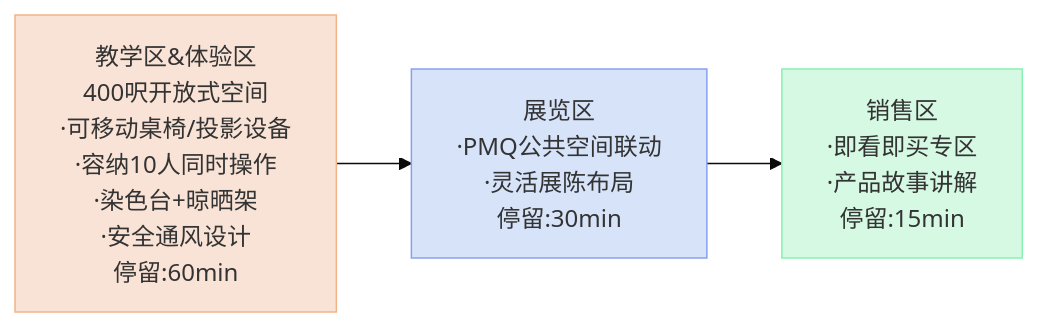
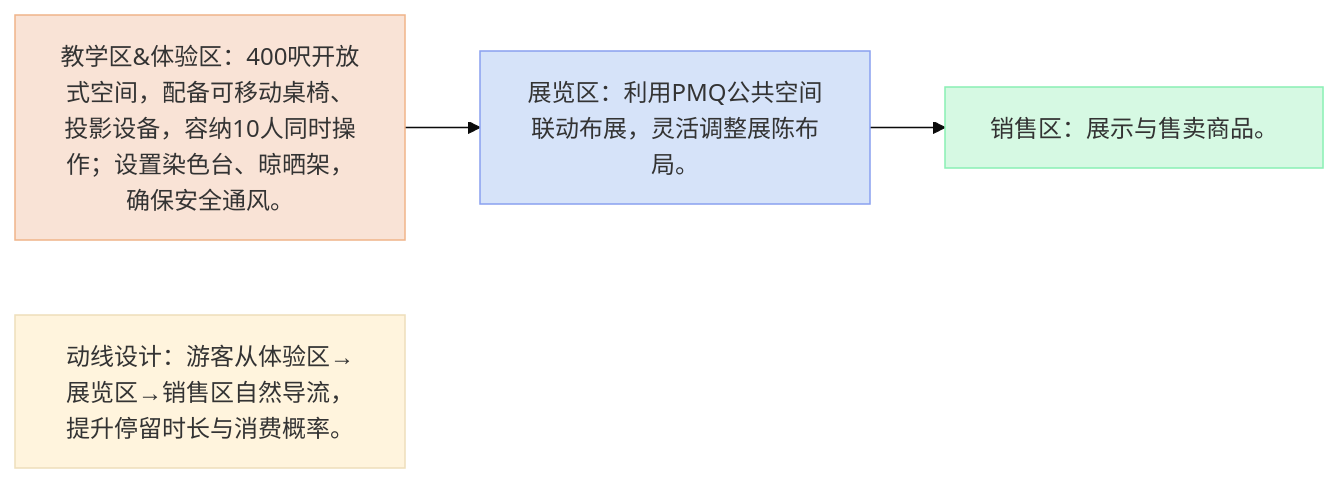
One commit to NaturalRice/git-demo changed the seventh of 9 diagrams in README.md. Above: the diagram before and after it, drawn with Mermaid (base theme).

````diff
--- a/README.md
+++ b/README.md
@@ -81,9 +81,10 @@
 ```mermaid
 flowchart LR
-    A[教学区&体验区\n400呎开放式空间\n·可移动桌椅/投影设备\n·容纳10人同时操作\n·染色台+晾晒架\n·安全通风设计\n停留:60min] --> 
-    B[展览区\n·PMQ公共空间联动\n·灵活展陈布局\n停留:30min] --> 
-    C[销售区\n·即看即买专区\n·产品故事讲解\n停留:15min]
+    A[教学区&体验区：400呎开放式空间，配备可移动桌椅、投影设备，容纳10人同时操作；设置染色台、晾晒架，确保安全通风。] --> 
+    B[展览区：利用PMQ公共空间联动布展，灵活调整展陈布局。] --> 
+    C[销售区：展示与售卖商品。]
+    D[动线设计：游客从体验区→展览区→销售区自然导流，提升停留时长与消费概率。]
     style A fill:#f9e3d6,stroke:#f0b489
     style B fill:#d6e3f9,stroke:#89a0f0
     style C fill:#d6f9e3,stroke:#89f0b4
 ```
````
